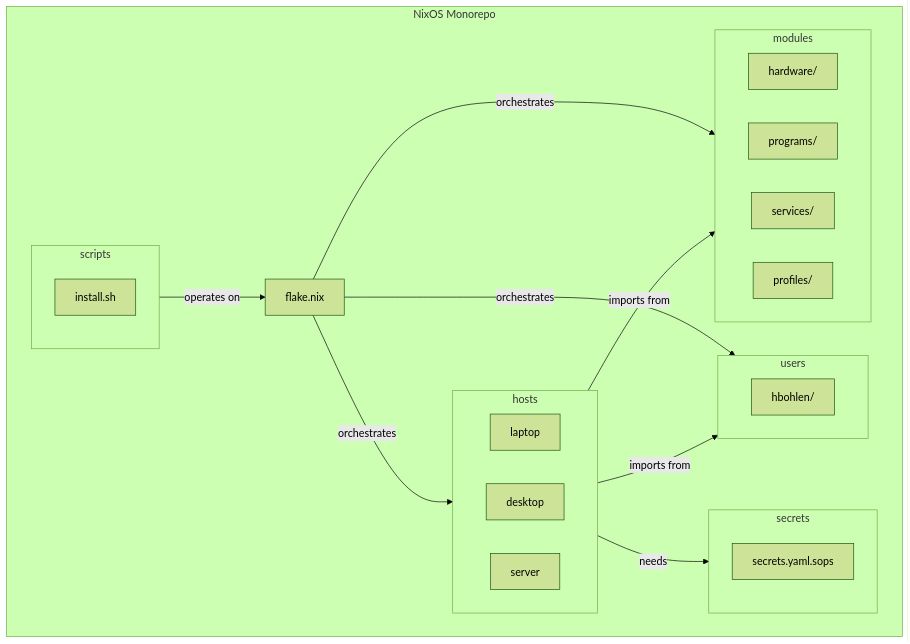
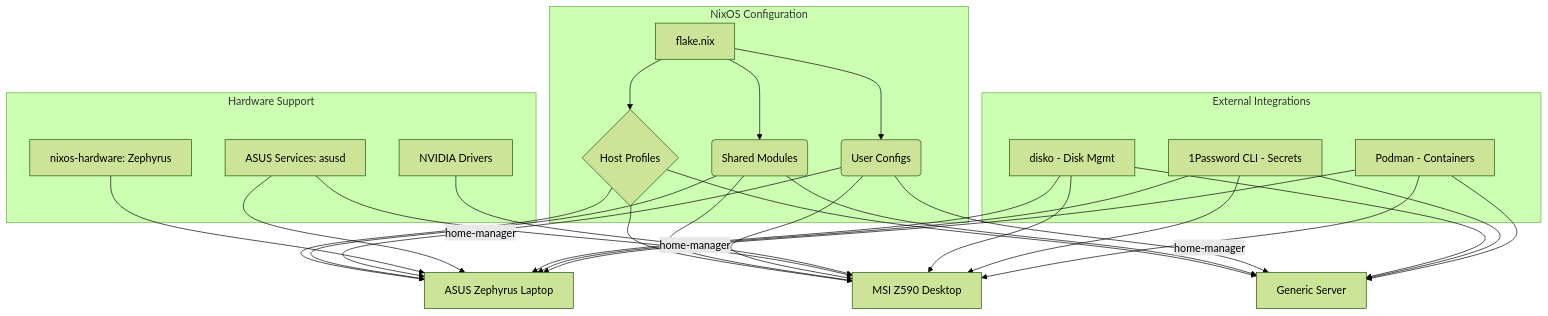
Before and after one commit to hbohlen/hbohlen-io: the diagram in docs/architecture/5-components.md, drawn with Mermaid (forest theme). The commit also changed other lines of this file and 20 other files, not shown here.

First line of the commit message:
Refactor NixOS architecture documentation and workflows

````diff
--- a/docs/architecture/5-components.md
+++ b/docs/architecture/5-components.md
@@ -21,44 +28,47 @@
 ```mermaid
 graph TD
-    subgraph "NixOS Monorepo"
-        A[flake.nix]
+    subgraph "NixOS Configuration"
+        A[flake.nix] --> B{Host Profiles}
+        A --> C(Shared Modules)
+        A --> D(User Configs)
+    end
 
-        subgraph hosts
-            direction LR
-            H1[laptop]
-            H2[desktop]
-            H3[server]
-        end
+    B --> B1[ASUS Zephyrus Laptop]
+    B --> B2[MSI Z590 Desktop]
+    B --> B3[Generic Server]
 
-        subgraph modules
-            direction LR
-            M1[hardware/]
-            M2[programs/]
-            M3[services/]
-            M4[profiles/]
-        end
+    C --> B1
+    C --> B2
+    C --> B3
 
-        subgraph users
-            direction LR
-            U1[hbohlen/]
-        end
+    D -- home-manager --> B1
+    D -- home-manager --> B2
+    D -- home-manager --> B3
 
-        subgraph secrets
-            S1[secrets.yaml.sops]
-        end
+    subgraph "Hardware Support"
+        H1[nixos-hardware: Zephyrus]
+        H2[ASUS Services: asusd]
+        H3[NVIDIA Drivers]
+    end
 
-        subgraph scripts
-            SC1[install.sh]
-        end
+    H1 --> B1
+    H2 --> B1
+    H2 --> B2
+    H3 --> B2
 
-        A -- orchestrates --> hosts
-        A -- orchestrates --> modules
-        A -- orchestrates --> users
+    subgraph "External Integrations"
+        T1[disko - Disk Mgmt]
+        T2[1Password CLI - Secrets]
+        T3[Podman - Containers]
+    end
 
-        hosts -- imports from --> modules
-        hosts -- imports from --> users
-        H3 -- needs --> secrets
-
-        scripts -- operates on --> A
-    end
+    T1 --> B1
+    T1 --> B2
+    T1 --> B3
+    T2 --> B1
+    T2 --> B2
+    T2 --> B3
+    T3 --> B1
+    T3 --> B2
+    T3 --> B3
 ```
````
